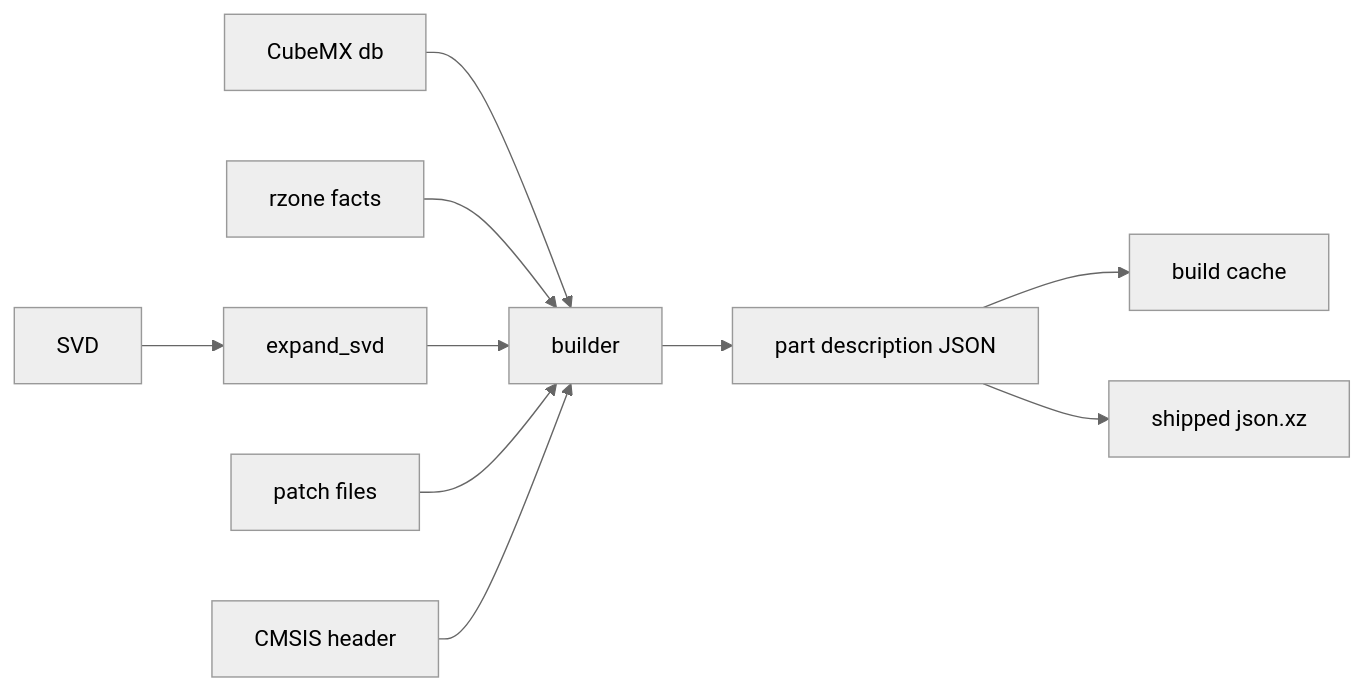
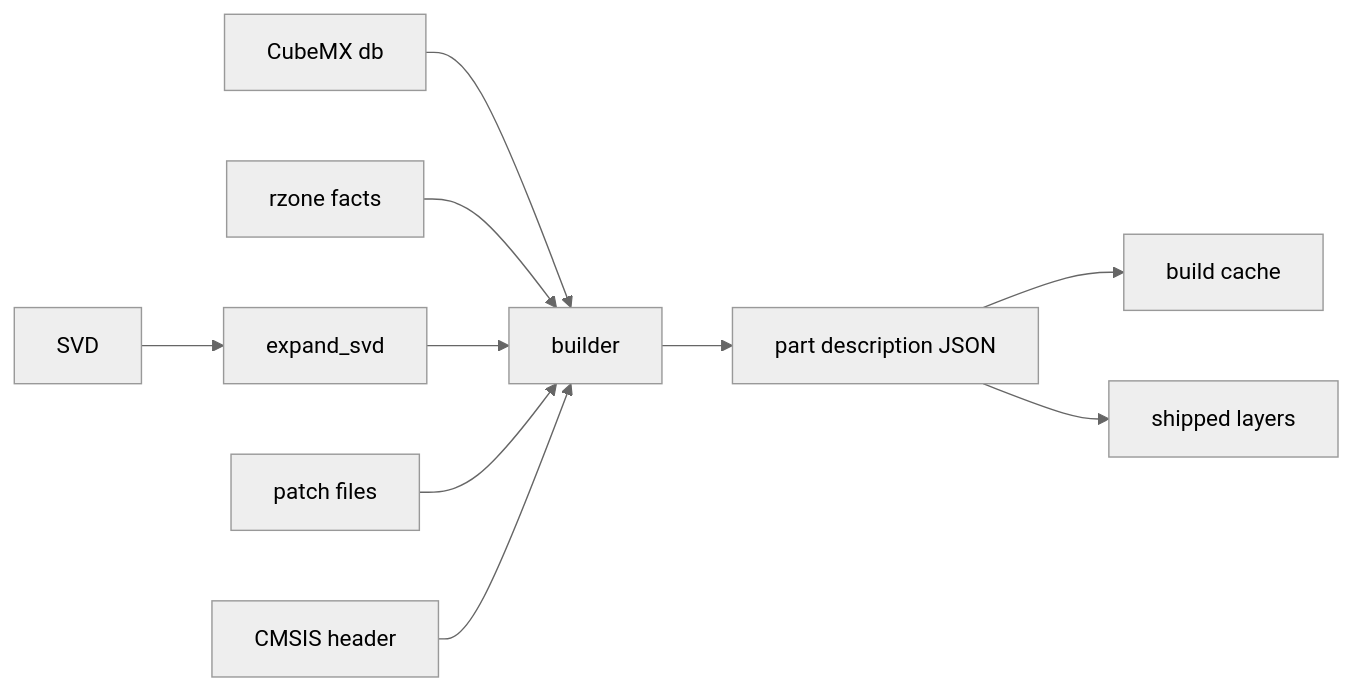
Before and after one commit to Garcia6l20/popcorn: the diagram in docs/dev/descriptions.md, drawn with Mermaid (neutral theme). The commit also changed other lines of this file and 16 other files, not shown here.

````diff
--- a/docs/dev/descriptions.md
+++ b/docs/dev/descriptions.md
@@ -19,12 +19,12 @@
 ```mermaid
 flowchart LR
     SVD[SVD] --> X[expand_svd]
     DB[CubeMX db] --> B[builder]
     R[rzone facts] --> B
     X --> B
     P[patch files] --> B
     H[CMSIS header] --> B
     B --> J[part description JSON]
     J --> C[build cache]
-    J --> S[shipped json.xz]
+    J --> S[shipped layers]
 ```
````
